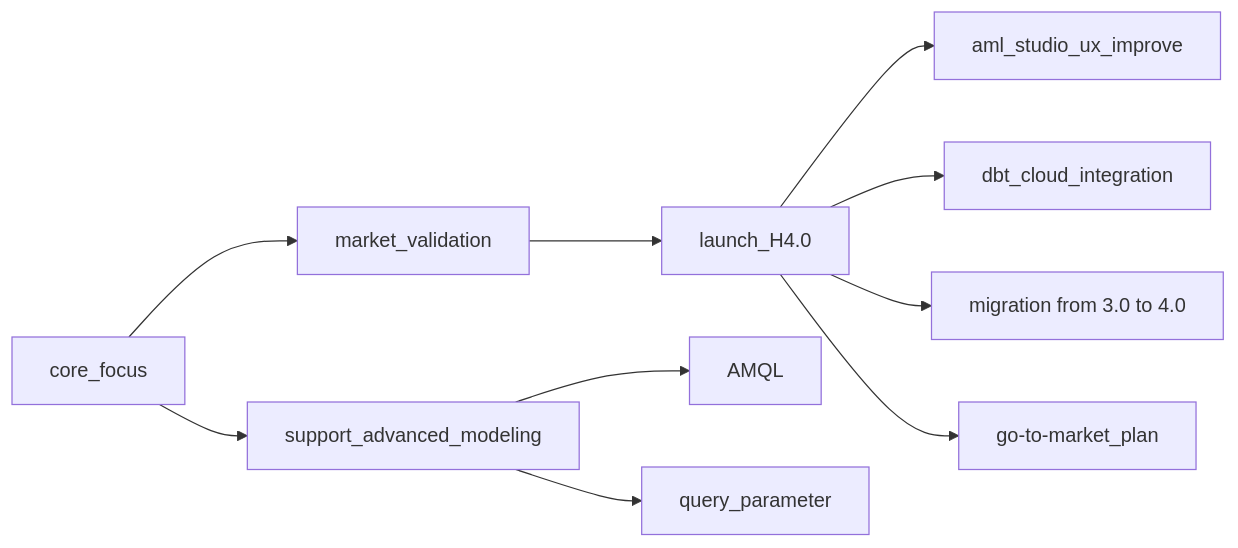
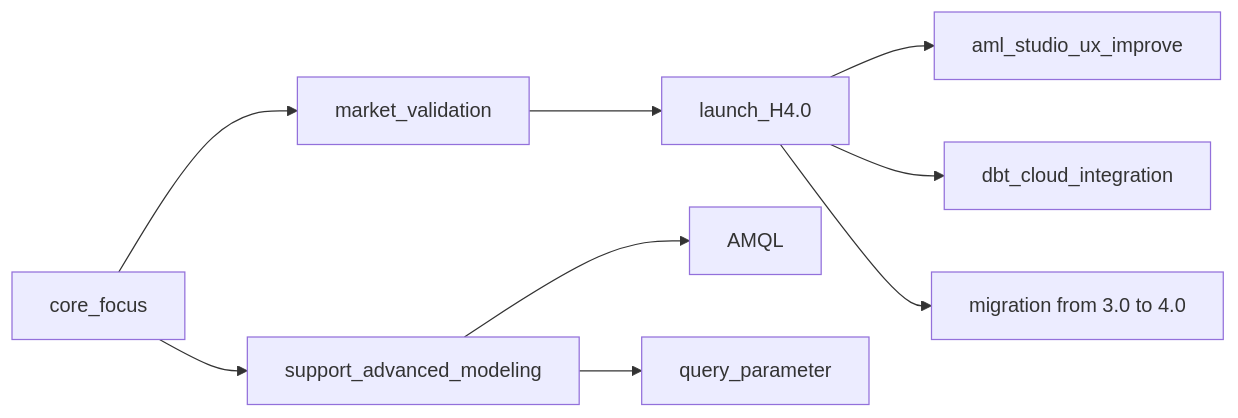
One commit to khaito241/aml-staging changed the diagram in z-documents/2022H2_recap.md. Above: the diagram before and after it, drawn with Mermaid. The commit also changed other lines of this file, not shown here.

````diff
--- a/z-documents/2022H2_recap.md
+++ b/z-documents/2022H2_recap.md
@@ -90,14 +95,13 @@
 ```mermaid
 flowchart LR
 
 core_focus --> market_validation
 core_focus --> support_advanced_modeling
 
 market_validation --> launch_H4.0 --> aml_studio_ux_improve
 launch_H4.0 --> dbt_cloud_integration
 launch_H4.0 --> migration[migration from 3.0 to 4.0]
-launch_H4.0 --> go-to-market_plan
 
 support_advanced_modeling --> AMQL
 support_advanced_modeling --> query_parameter
 ```
````
